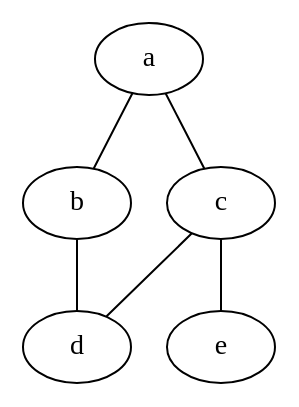
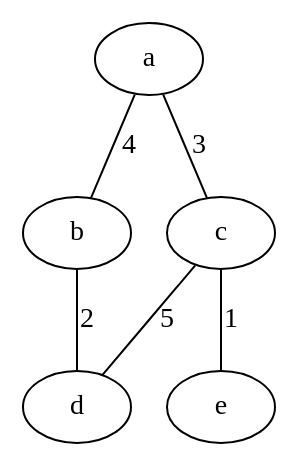
Before and after one commit to NathamFernandes/grafos-2-unidade: the diagram in data/graph2.gv, drawn with Graphviz. The commit also changed 2 other files, not shown here.

```diff
--- a/data/graph2.gv
+++ b/data/graph2.gv
@@ -1,6 +1,7 @@
 graph g2 {
-    a -- b -- d;
-    a -- c;
-    c -- d;
-    c -- e;
+    a -- b [label=4];
+    b -- d [label=2];
+    a -- c [label=3];
+    c -- d [label=5];
+    c -- e [label=1];
 }
```
